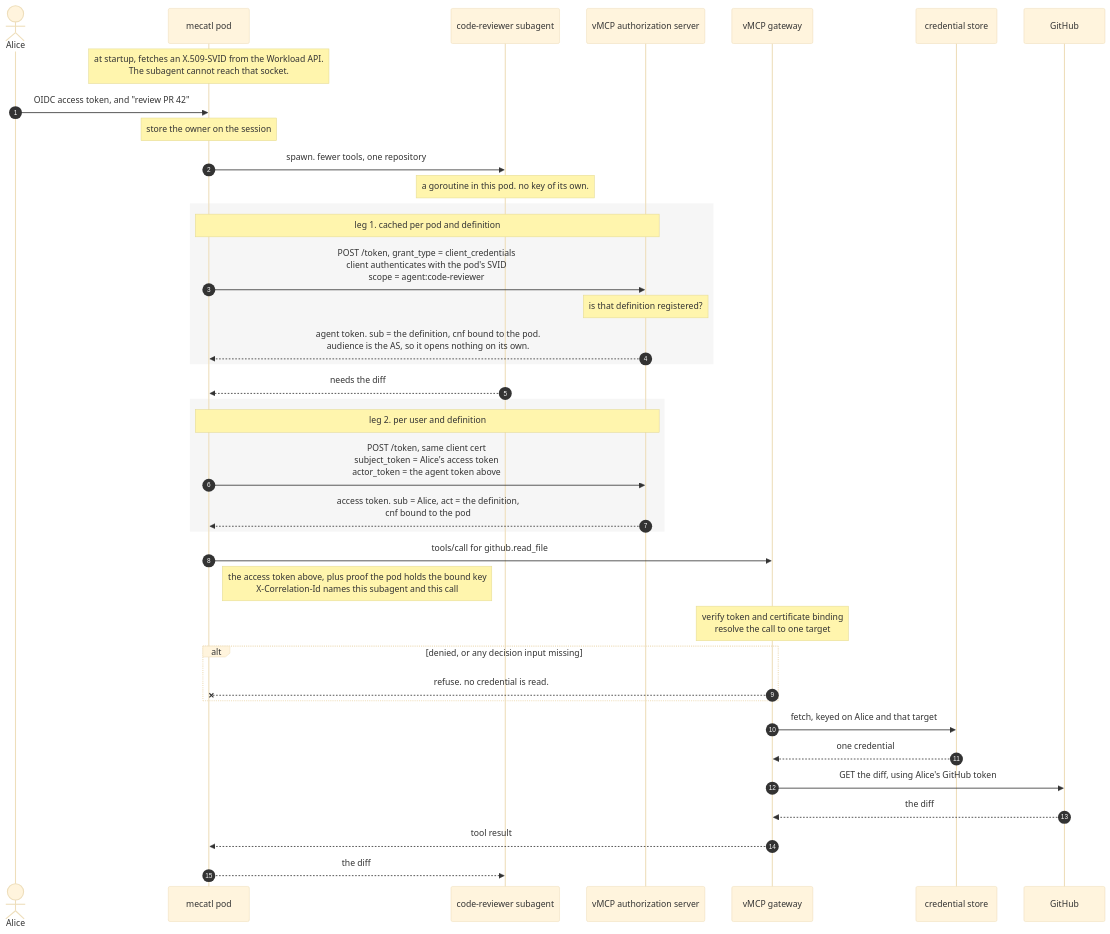
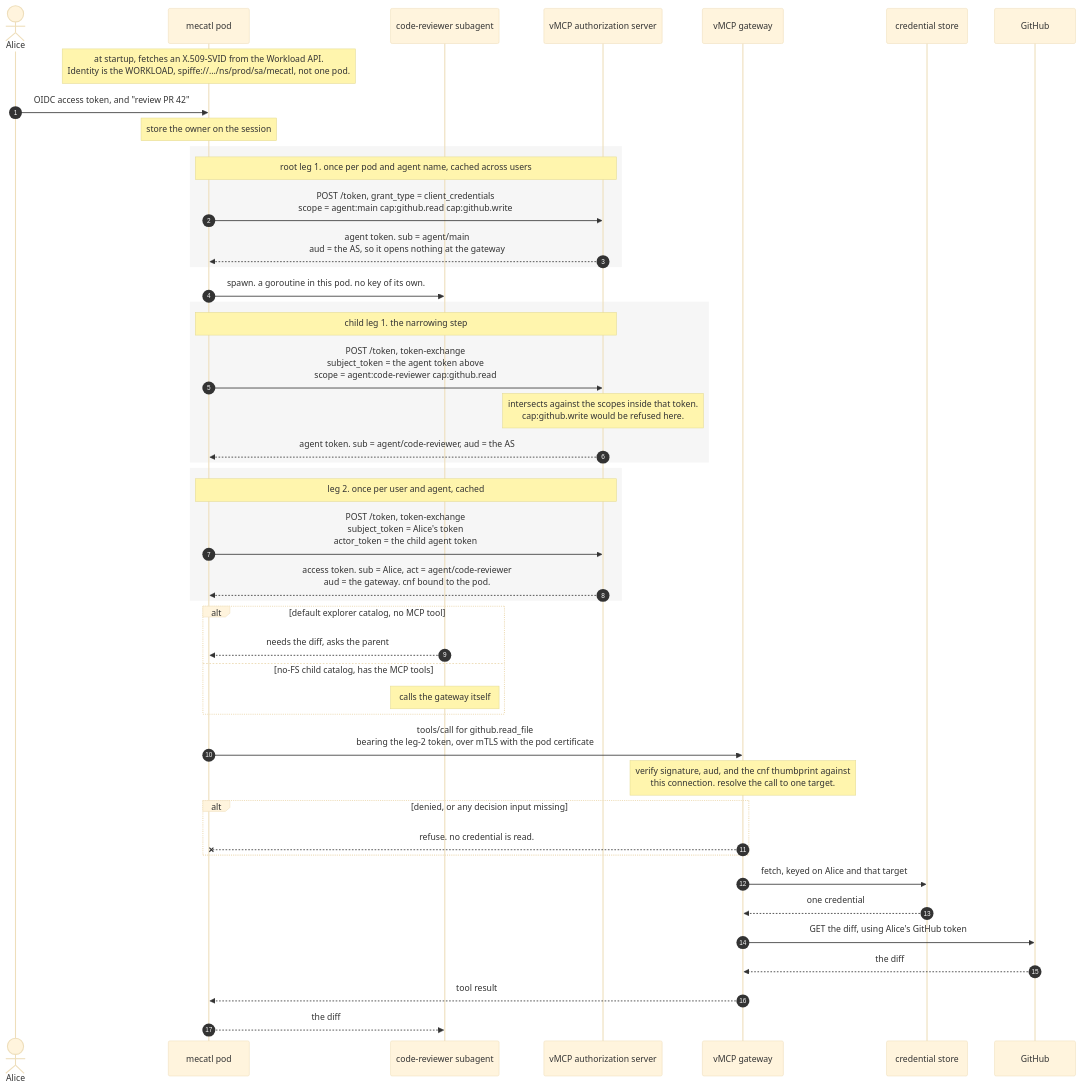
One commit to stacklok/mecatl changed the diagram in docs/agent-identity-outbound.md. Above: the diagram before and after it, drawn with Mermaid (base theme). The commit also changed other lines of this file and 1 other file, not shown here.

First line of the commit message:
docs(agent-identity): record the flow as three calls, and correct two claims

````diff
--- a/docs/agent-identity-outbound.md
+++ b/docs/agent-identity-outbound.md
@@ -104,49 +104,57 @@
 ```mermaid
 sequenceDiagram
     autonumber
     actor Alice
     participant M as mecatl pod
     participant S as code-reviewer subagent
     participant AS as vMCP authorization server
     participant G as vMCP gateway
     participant V as credential store
     participant B as GitHub
 
-    Note over M: at startup, fetches an X.509-SVID from the Workload API.<br/>The subagent cannot reach that socket.
+    Note over M: at startup, fetches an X.509-SVID from the Workload API.<br/>Identity is the WORKLOAD, spiffe://…/ns/prod/sa/mecatl, not one pod.
 
     Alice->>M: OIDC access token, and "review PR 42"
     Note over M: store the owner on the session
 
-    M->>S: spawn. fewer tools, one repository
-    Note over S: a goroutine in this pod. no key of its own.
+    rect rgba(128,128,128,0.07)
+    Note over M,AS: root leg 1. once per pod and agent name, cached across users
+    M->>AS: POST /token, grant_type = client_credentials<br/>scope = agent:main cap:github.read cap:github.write
+    AS-->>M: agent token. sub = agent/main<br/>aud = the AS, so it opens nothing at the gateway
+    end
+
+    M->>S: spawn. a goroutine in this pod. no key of its own.
 
     rect rgba(128,128,128,0.07)
-    Note over M,AS: leg 1. cached per pod and definition
-    M->>AS: POST /token, grant_type = client_credentials<br/>client authenticates with the pod's SVID<br/>scope = agent:code-reviewer
-    Note over AS: is that definition registered?
-    AS-->>M: agent token. sub = the definition, cnf bound to the pod.<br/>audience is the AS, so it opens nothing on its own.
+    Note over M,AS: child leg 1. the narrowing step
+    M->>AS: POST /token, token-exchange<br/>subject_token = the agent token above<br/>scope = agent:code-reviewer cap:github.read
+    Note over AS: intersects against the scopes inside that token.<br/>cap:github.write would be refused here.
+    AS-->>M: agent token. sub = agent/code-reviewer, aud = the AS
     end
 
-    S-->>M: needs the diff
-
     rect rgba(128,128,128,0.07)
-    Note over M,AS: leg 2. per user and definition
-    M->>AS: POST /token, same client cert<br/>subject_token = Alice's access token<br/>actor_token = the agent token above
-    AS-->>M: access token. sub = Alice, act = the definition,<br/>cnf bound to the pod
+    Note over M,AS: leg 2. once per user and agent, cached
+    M->>AS: POST /token, token-exchange<br/>subject_token = Alice's token<br/>actor_token = the child agent token
+    AS-->>M: access token. sub = Alice, act = agent/code-reviewer<br/>aud = the gateway. cnf bound to the pod.
     end
 
-    M->>G: tools/call for github.read_file
-    Note right of M: the access token above, plus proof the pod holds the bound key<br/>X-Correlation-Id names this subagent and this call
+    alt default explorer catalog, no MCP tool
+        S-->>M: needs the diff, asks the parent
+    else no-FS child catalog, has the MCP tools
+        Note over S: calls the gateway itself
+    end
 
-    Note over G: verify token and certificate binding<br/>resolve the call to one target
+    M->>G: tools/call for github.read_file<br/>bearing the leg-2 token, over mTLS with the pod certificate
+
+    Note over G: verify signature, aud, and the cnf thumbprint against<br/>this connection. resolve the call to one target.
     alt denied, or any decision input missing
         G--xM: refuse. no credential is read.
     end
 
     G->>V: fetch, keyed on Alice and that target
     V-->>G: one credential
     G->>B: GET the diff, using Alice's GitHub token
     B-->>G: the diff
     G-->>M: tool result
     M-->>S: the diff
 ```
````
